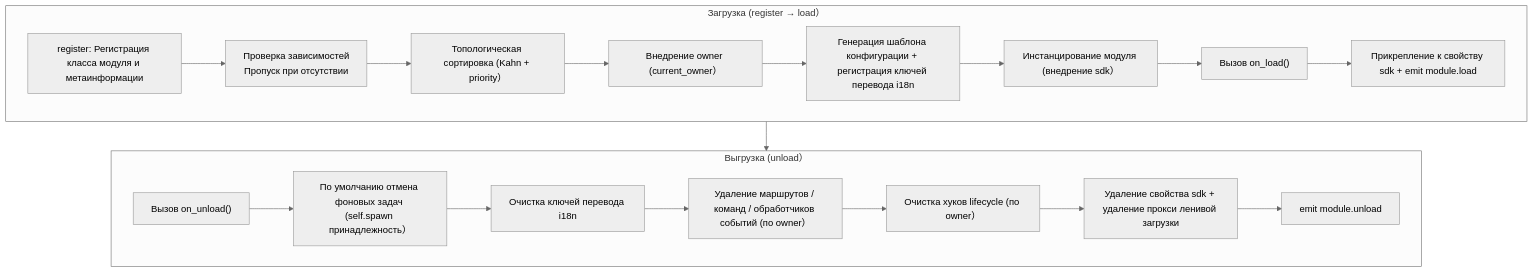
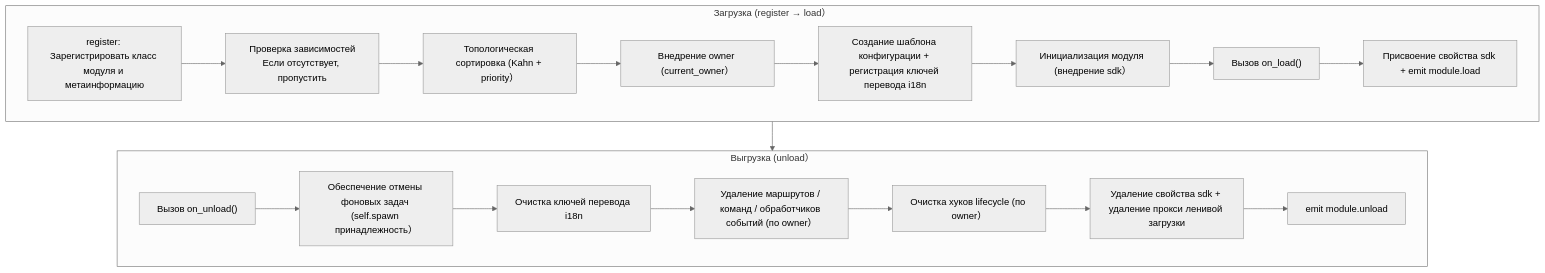
One commit to ErisPulse/ErisPulse changed the first of 2 diagrams in docs/ru/ai-support/skills/erispulse-module-dev/SKILL.md. Above: the diagram before and after it, drawn with Mermaid (neutral theme). The commit also changed other lines of this file and 194 other files, not shown here.

````diff
--- a/docs/ru/ai-support/skills/erispulse-module-dev/SKILL.md
+++ b/docs/ru/ai-support/skills/erispulse-module-dev/SKILL.md
@@ -345,23 +343,23 @@
 ```mermaid
 flowchart TD
     subgraph Load["Загрузка (register → load）"]
-        L1["register: Регистрация класса модуля и метаинформации"] --> L2["Проверка зависимостей<br/>Пропуск при отсутствии"]
+        L1["register: Зарегистрировать класс модуля и метаинформацию"] --> L2["Проверка зависимостей<br/>Если отсутствует, пропустить"]
         L2 --> L3["Топологическая сортировка (Kahn + priority）"]
         L3 --> L4["Внедрение owner (current_owner）"]
-        L4 --> L5["Генерация шаблона конфигурации + регистрация ключей перевода i18n"]
-        L5 --> L6["Инстанцирование модуля (внедрение sdk）"]
+        L4 --> L5["Создание шаблона конфигурации + регистрация ключей перевода i18n"]
+        L5 --> L6["Инициализация модуля (внедрение sdk）"]
         L6 --> L7["Вызов on_load()"]
-        L7 --> L8["Прикрепление к свойству sdk + emit module.load"]
+        L7 --> L8["Присвоение свойства sdk + emit module.load"]
     end
 
     subgraph Unload["Выгрузка (unload）"]
-        U1["Вызов on_unload()"] --> U2["По умолчанию отмена фоновых задач (self.spawn принадлежность）"]
+        U1["Вызов on_unload()"] --> U2["Обеспечение отмены фоновых задач (self.spawn принадлежность）"]
         U2 --> U3["Очистка ключей перевода i18n"]
         U3 --> U4["Удаление маршрутов / команд / обработчиков событий (по owner）"]
         U4 --> U5["Очистка хуков lifecycle (по owner）"]
         U5 --> U6["Удаление свойства sdk + удаление прокси ленивой загрузки"]
         U6 --> U7["emit module.unload"]
     end
 
     Load --> Unload
 ```
````
